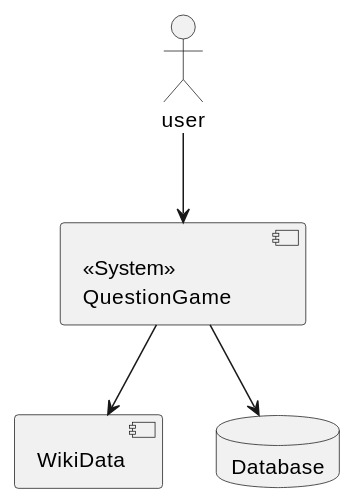
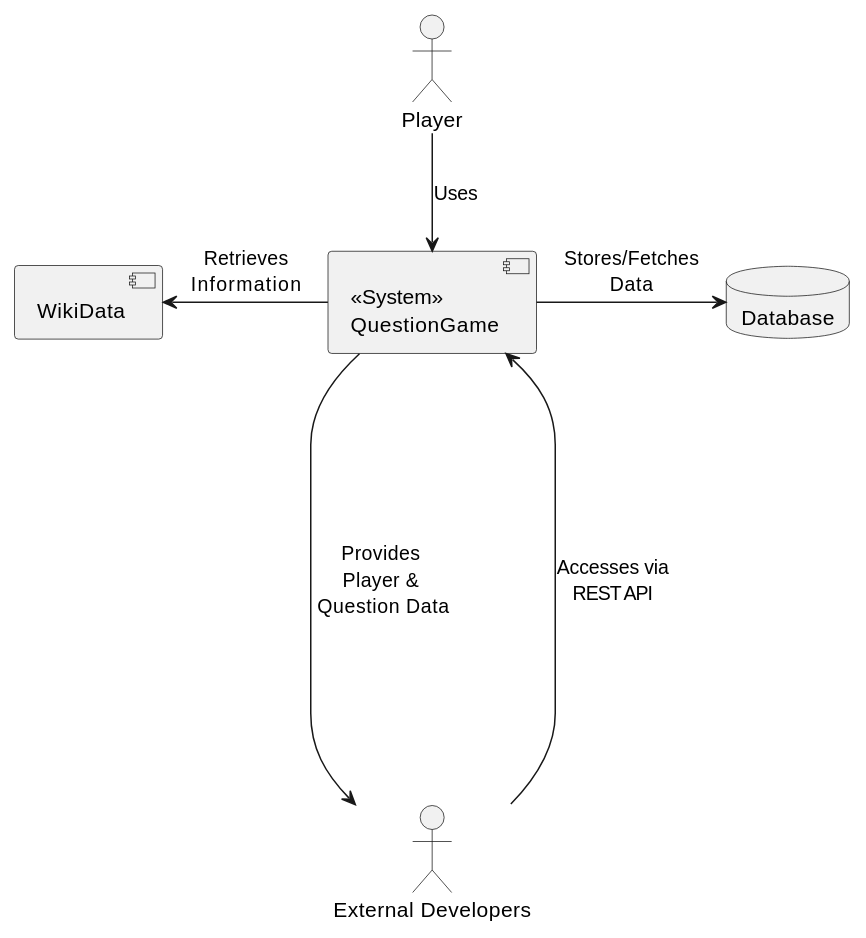
One commit to Arquisoft/wiq_es04b changed the first of 2 diagrams in docs/src/03_system_scope_and_context.adoc. Above: the diagram before and after it, drawn with PlantUML. The commit also changed other lines of this file and 9 other files, not shown here.

```diff
--- a/docs/src/03_system_scope_and_context.adoc
+++ b/docs/src/03_system_scope_and_context.adoc
@@ -52,14 +7,20 @@
 [plantuml,"Deployment diagram",png]
 ----
-  actor user
-  component System[        
-    <<System>>                 
-    QuestionGame
-  ]
-  component WikiData
-  database Database
+@startuml
+actor Player as user
+actor "External Developers" as developers
+component System [
+  <<System>>
+  QuestionGame
+]
+component WikiData as wikidata
+database Database
 
-  user --> System
-  System --> Database
-  System --> WikiData
+user -down-> System : Uses
+System -right-> Database : Stores/Fetches\nData
+System -left-> wikidata : Retrieves\nInformation
+developers -down-> System : Accesses via\nREST API
+System -----> developers : Provides\nPlayer &\n Question Data
+@enduml
+
 ----
```
